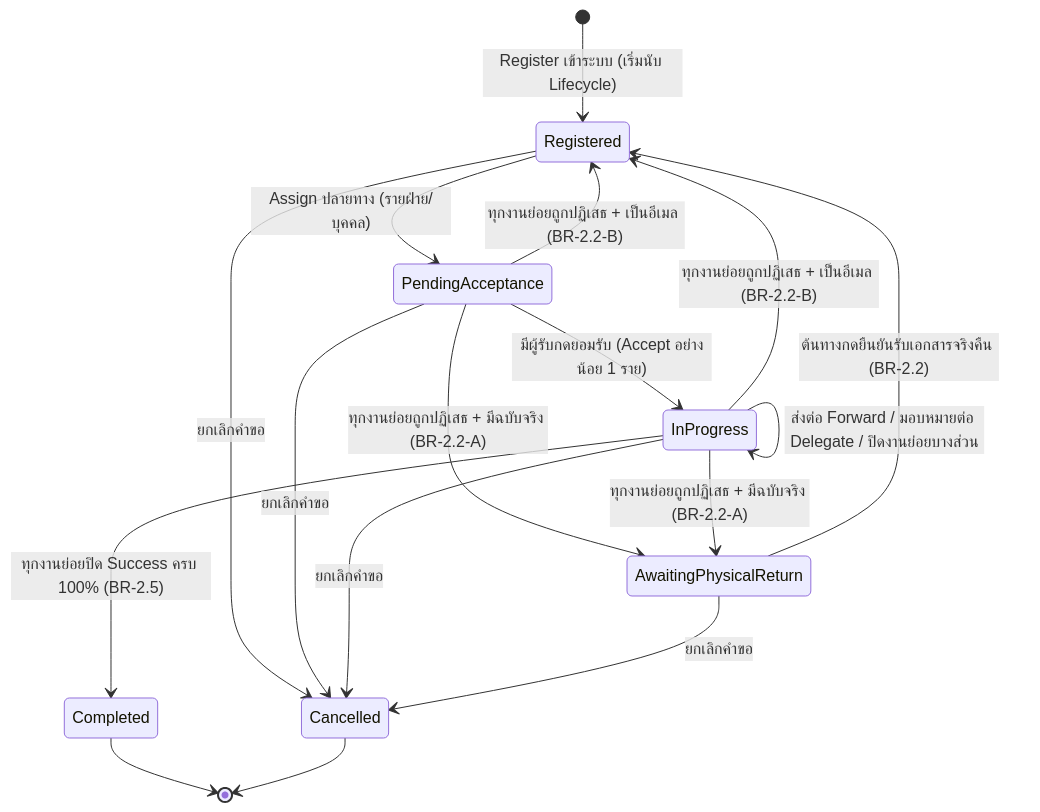
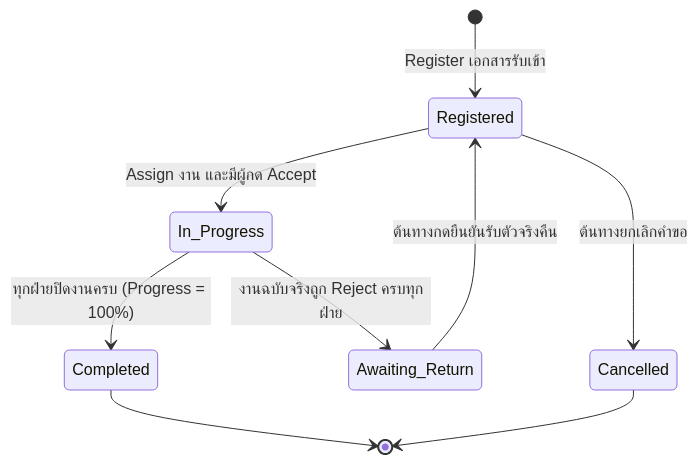
Before and after one commit to Nineteens19/DVS_Correspondence_system: the eighth of 14 diagrams in P2026-DVS_Correspondence_System_Consolidated_SRS_Analysis.md, drawn with Mermaid. The commit also changed other lines of this file and 12 other files, not shown here.

Commit message:
docs: restructure consolidated SRS to strict Deves BA standard, add system columns and sequence differences

````diff
--- a/P2026-DVS_Correspondence_System_Consolidated_SRS_Analysis.md
+++ b/P2026-DVS_Correspondence_System_Consolidated_SRS_Analysis.md
@@ -595,19 +520,11 @@
 ```mermaid
 stateDiagram-v2
-    [*] --> Registered : Register เข้าระบบ (เริ่มนับ Lifecycle)
-    Registered --> PendingAcceptance : Assign ปลายทาง (รายฝ่าย/บุคคล)
-    PendingAcceptance --> InProgress : มีผู้รับกดยอมรับ (Accept อย่างน้อย 1 ราย)
-    PendingAcceptance --> AwaitingPhysicalReturn : ทุกงานย่อยถูกปฏิเสธ + มีฉบับจริง (BR-2.2-A)
-    InProgress --> AwaitingPhysicalReturn : ทุกงานย่อยถูกปฏิเสธ + มีฉบับจริง (BR-2.2-A)
-    PendingAcceptance --> Registered : ทุกงานย่อยถูกปฏิเสธ + เป็นอีเมล (BR-2.2-B)
-    InProgress --> Registered : ทุกงานย่อยถูกปฏิเสธ + เป็นอีเมล (BR-2.2-B)
-    AwaitingPhysicalReturn --> Registered : ต้นทางกดยืนยันรับเอกสารจริงคืน (BR-2.2)
-    InProgress --> InProgress : ส่งต่อ Forward / มอบหมายต่อ Delegate / ปิดงานย่อยบางส่วน
-    InProgress --> Completed : ทุกงานย่อยปิด Success ครบ 100% (BR-2.5)
-    Registered --> Cancelled : ยกเลิกคำขอ
-    PendingAcceptance --> Cancelled : ยกเลิกคำขอ
-    InProgress --> Cancelled : ยกเลิกคำขอ
-    AwaitingPhysicalReturn --> Cancelled : ยกเลิกคำขอ
+    [*] --> Registered: Register เอกสารรับเข้า
+    Registered --> In_Progress: Assign งาน และมีผู้กด Accept
+    Registered --> Cancelled: ต้นทางยกเลิกคำขอ
+    In_Progress --> Awaiting_Return: งานฉบับจริงถูก Reject ครบทุกฝ่าย
+    Awaiting_Return --> Registered: ต้นทางกดยืนยันรับตัวจริงคืน
+    In_Progress --> Completed: ทุกฝ่ายปิดงานครบ (Progress = 100%)
     Completed --> [*]
     Cancelled --> [*]
 ```
````
